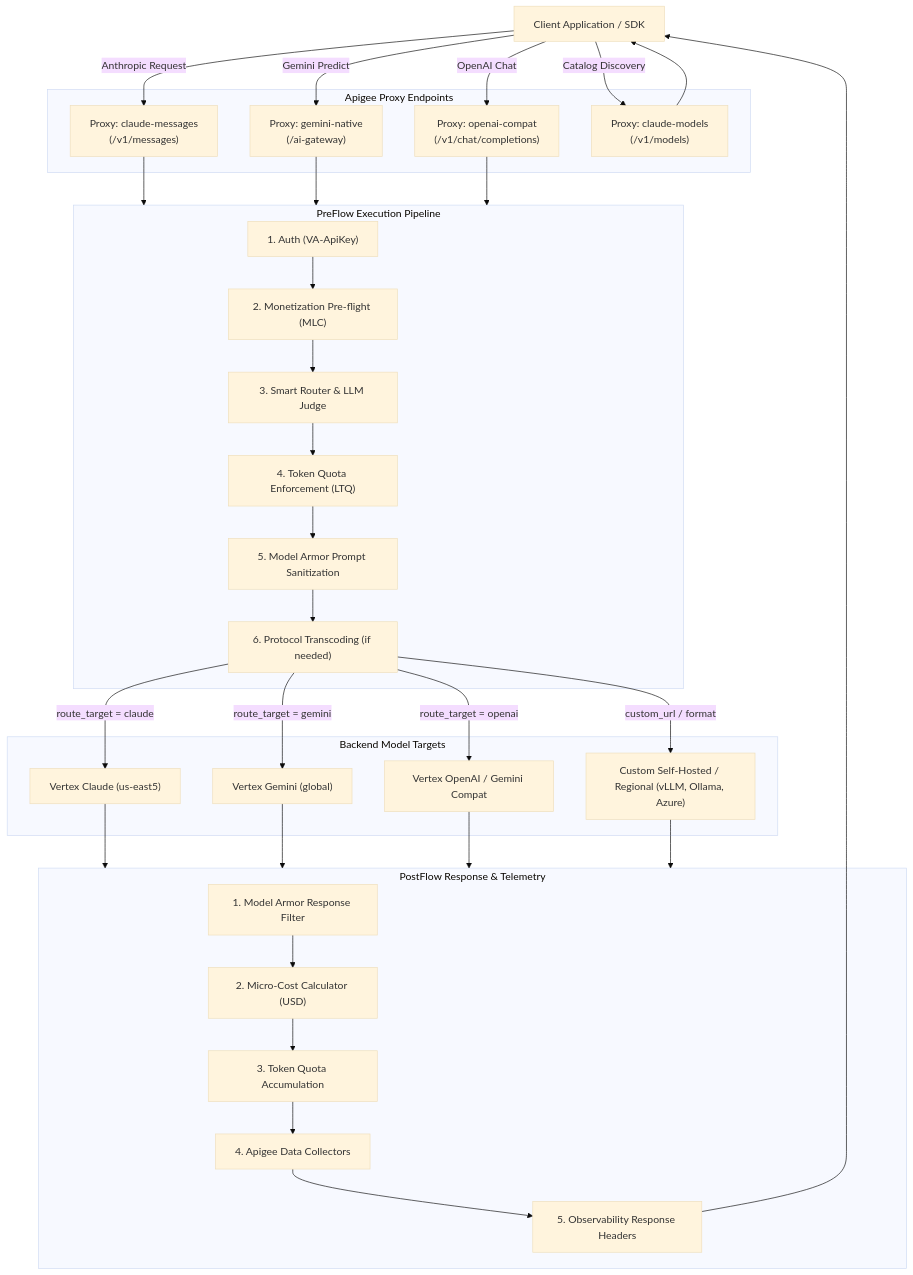
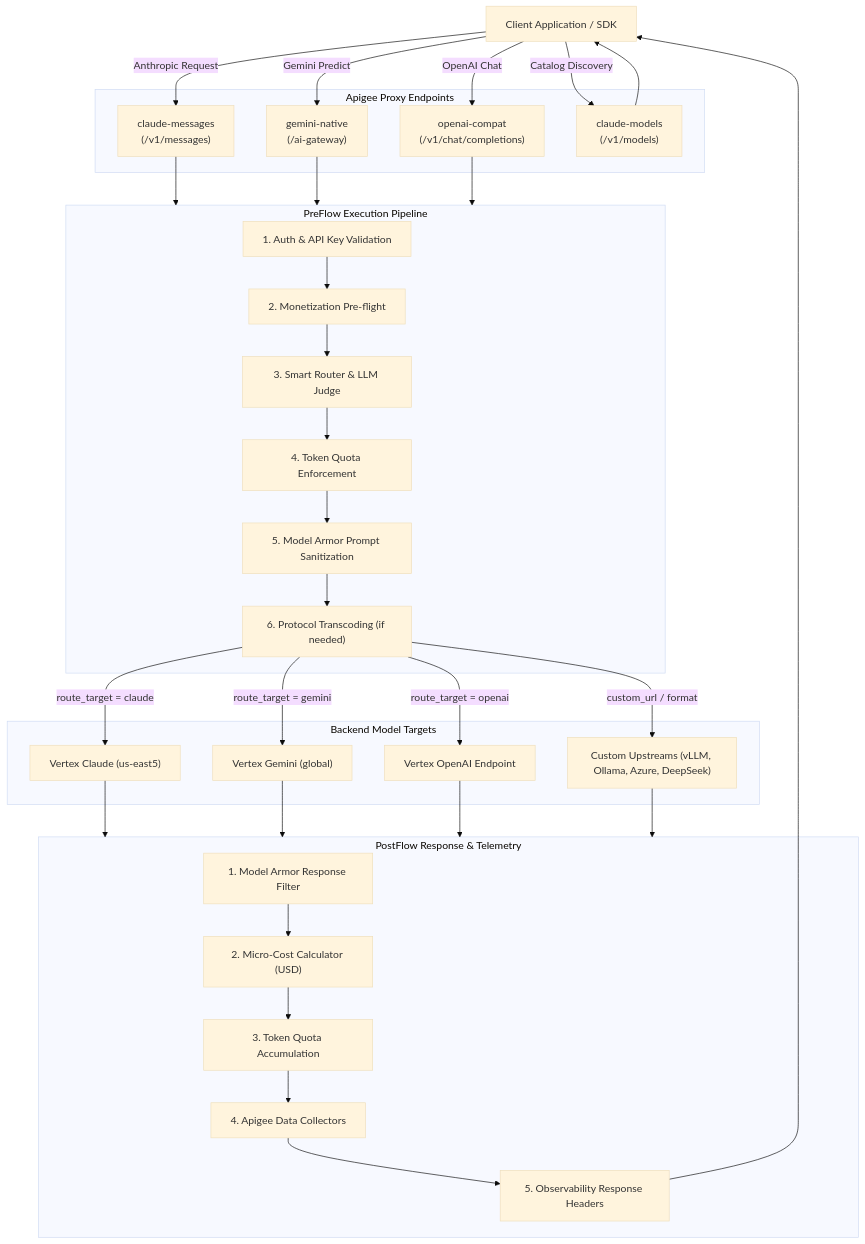
The second of 2 diagrams in docs/index.md (ra2085/ai-gw-sample), drawn with Mermaid (base theme) before and after one commit. The commit also changed other lines of this file and 32 other files, not shown here.

````diff
--- a/docs/index.md
+++ b/docs/index.md
@@ -55,60 +73,60 @@
 ```mermaid
 graph TD
     Client["Client Application / SDK"]
 
     subgraph Ingress["Apigee Proxy Endpoints"]
-        EP_Claude["Proxy: claude-messages<br/>(/v1/messages)"]
-        EP_Gemini["Proxy: gemini-native<br/>(/ai-gateway)"]
-        EP_OpenAI["Proxy: openai-compat<br/>(/v1/chat/completions)"]
-        EP_Models["Proxy: claude-models<br/>(/v1/models)"]
+        EP_Claude["claude-messages<br/>(/v1/messages)"]
+        EP_Gemini["gemini-native<br/>(/ai-gateway)"]
+        EP_OpenAI["openai-compat<br/>(/v1/chat/completions)"]
+        EP_Models["claude-models<br/>(/v1/models)"]
     end
 
     subgraph Pipeline["PreFlow Execution Pipeline"]
-        Auth["1. Auth (VA-ApiKey)"]
-        MLC["2. Monetization Pre-flight (MLC)"]
+        Auth["1. Auth & API Key Validation"]
+        MLC["2. Monetization Pre-flight"]
         Judge["3. Smart Router & LLM Judge"]
-        Quota["4. Token Quota Enforcement (LTQ)"]
+        Quota["4. Token Quota Enforcement"]
         Armor["5. Model Armor Prompt Sanitization"]
         Xlate["6. Protocol Transcoding (if needed)"]
         
         Auth --> MLC --> Judge --> Quota --> Armor --> Xlate
     end
 
     subgraph Targets["Backend Model Targets"]
         T_Claude["Vertex Claude (us-east5)"]
         T_Gemini["Vertex Gemini (global)"]
-        T_OpenAI["Vertex OpenAI / Gemini Compat"]
-        T_Custom["Custom Self-Hosted / Regional (vLLM, Ollama, Azure)"]
+        T_OpenAI["Vertex OpenAI Endpoint"]
+        T_Custom["Custom Upstreams (vLLM, Ollama, Azure, DeepSeek)"]
     end
 
     Client -->|Anthropic Request| EP_Claude
     Client -->|Gemini Predict| EP_Gemini
     Client -->|OpenAI Chat| EP_OpenAI
     Client -->|Catalog Discovery| EP_Models
 
     EP_Claude --> Pipeline
     EP_Gemini --> Pipeline
     EP_OpenAI --> Pipeline
 
     Xlate -->|route_target = claude| T_Claude
     Xlate -->|route_target = gemini| T_Gemini
     Xlate -->|route_target = openai| T_OpenAI
     Xlate -->|custom_url / format| T_Custom
 
     subgraph Egress["PostFlow Response & Telemetry"]
         SMR["1. Model Armor Response Filter"]
         Calc["2. Micro-Cost Calculator (USD)"]
         LTQ_Cnt["3. Token Quota Accumulation"]
         DC["4. Apigee Data Collectors"]
         Hdrs["5. Observability Response Headers"]
         
         SMR --> Calc --> LTQ_Cnt --> DC --> Hdrs
     end
 
     T_Claude --> Egress
     T_Gemini --> Egress
     T_OpenAI --> Egress
     T_Custom --> Egress
     Hdrs --> Client
     EP_Models --> Client
 ```
````
